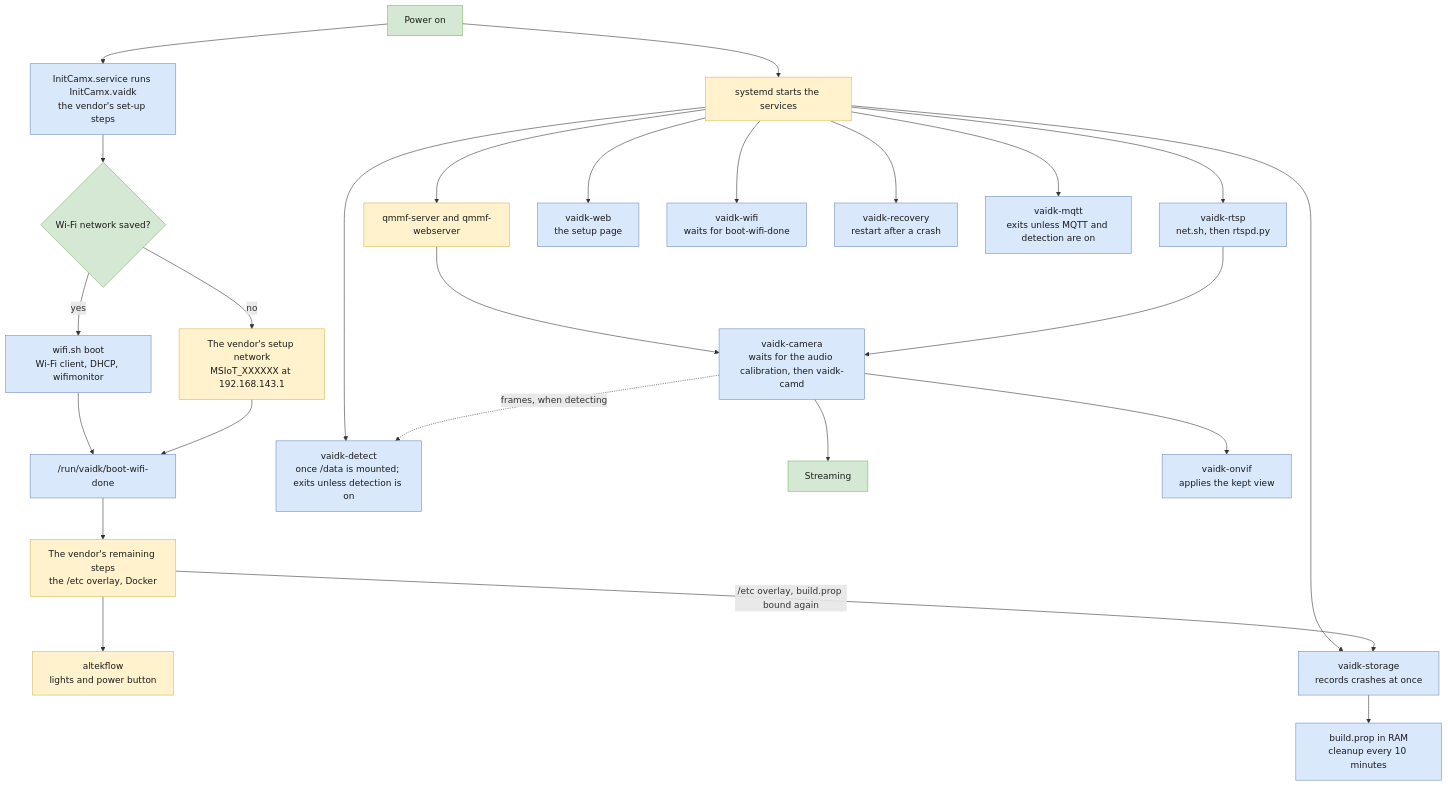
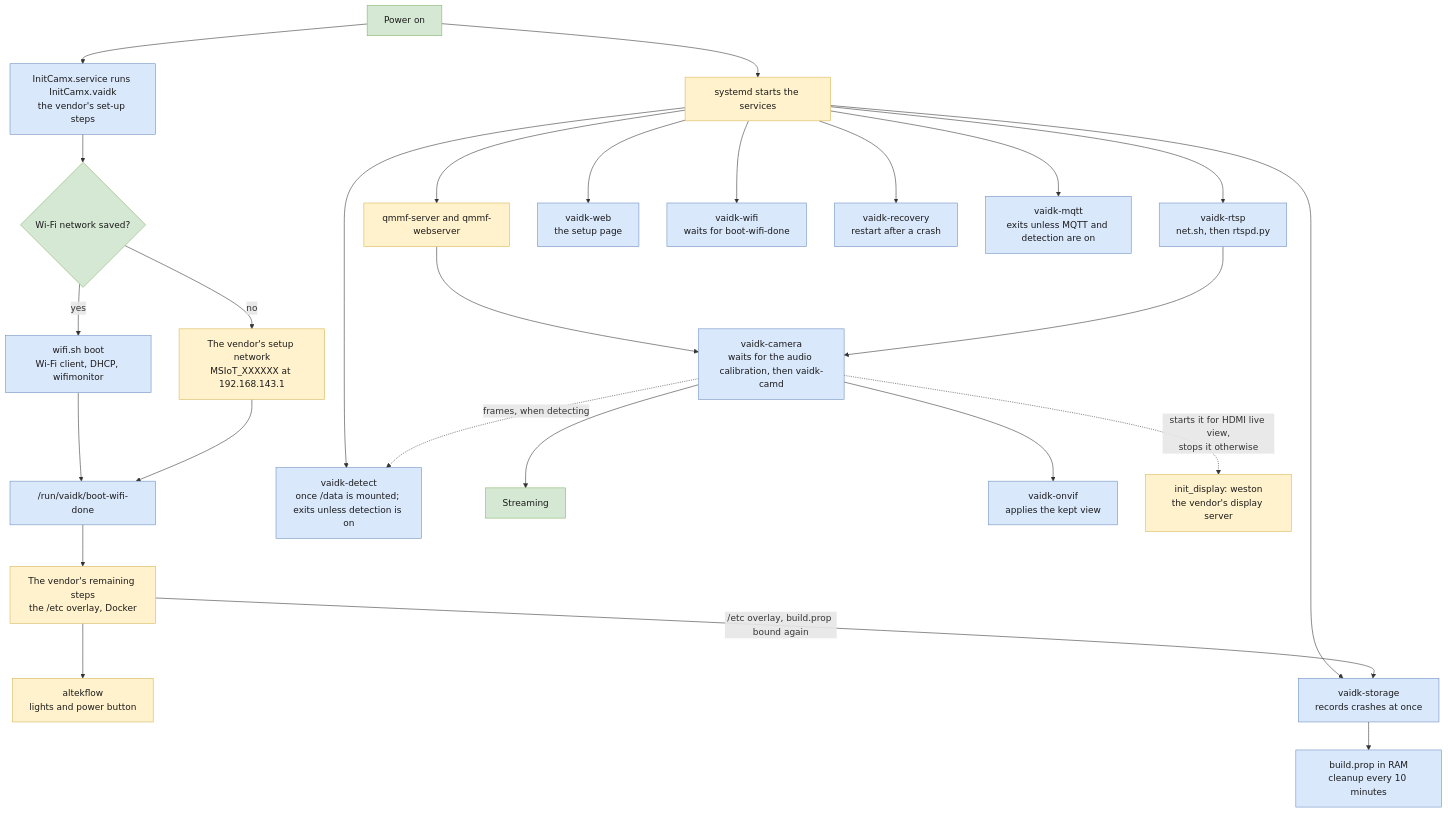
Before and after one commit to howardginsburg/VisionAIDevKitRTSP: the ninth of 11 diagrams in ARCHITECTURE.md, drawn with Mermaid. The commit also changed other lines of this file and 19 other files, not shown here.

First line of the commit message:
Add HDMI live view of the main stream, off by default

````diff
--- a/ARCHITECTURE.md
+++ b/ARCHITECTURE.md
@@ -381,33 +415,34 @@
 ```mermaid
 flowchart TB
     power["Power on"] --> init["InitCamx.service runs InitCamx.vaidk<br/>the vendor's set-up steps"]
     init --> saved{"Wi-Fi network saved?"}
     saved -- "yes" --> join["wifi.sh boot<br/>Wi-Fi client, DHCP, wifimonitor"]
     saved -- "no" --> ap["The vendor's setup network<br/>MSIoT_XXXXXX at 192.168.143.1"]
     join --> done["/run/vaidk/boot-wifi-done"]
     ap --> done
     done --> rest["The vendor's remaining steps<br/>the /etc overlay, Docker"]
     rest --> altek["altekflow<br/>lights and power button"]
     power --> svc["systemd starts the services"]
     svc --> qmmf["qmmf-server and qmmf-webserver"]
     svc --> rtsp["vaidk-rtsp<br/>net.sh, then rtspd.py"]
     svc --> web["vaidk-web<br/>the setup page"]
     svc --> watch["vaidk-wifi<br/>waits for boot-wifi-done"]
     svc --> recovery["vaidk-recovery<br/>restart after a crash"]
     svc --> storage["vaidk-storage<br/>records crashes at once"]
     svc --> det["vaidk-detect<br/>once /data is mounted; exits unless detection is on"]
     svc --> mqtt["vaidk-mqtt<br/>exits unless MQTT and detection are on"]
     rest -- "/etc overlay, build.prop bound again" --> storage
     storage --> ram["build.prop in RAM<br/>cleanup every 10 minutes"]
     qmmf --> cam["vaidk-camera<br/>waits for the audio calibration, then vaidk-camd"]
     rtsp --> cam
     cam --> streaming["Streaming"]
     cam --> onvif["vaidk-onvif<br/>applies the kept view"]
     cam -. "frames, when detecting" .-> det
+    cam -. "starts it for HDMI live view,<br/>stops it otherwise" .-> display["init_display: weston<br/>the vendor's display server"]
     classDef mod fill:#dae8fc,stroke:#6c8ebf,color:#1a1a1a
     classDef os fill:#fff2cc,stroke:#d6b656,color:#1a1a1a
     classDef use fill:#d5e8d4,stroke:#82b366,color:#1a1a1a
     class init,join,done,rtsp,web,watch,recovery,storage,ram,cam,onvif,det,mqtt mod
-    class ap,rest,altek,svc,qmmf os
+    class ap,rest,altek,svc,qmmf,display os
     class power,saved,streaming use
 ```
````
